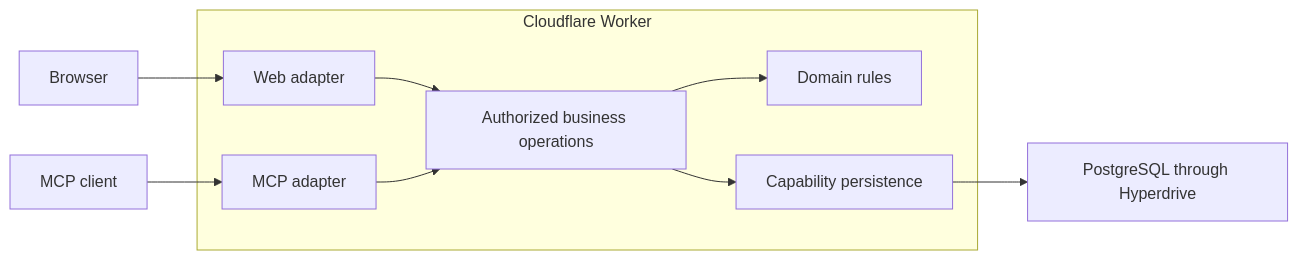
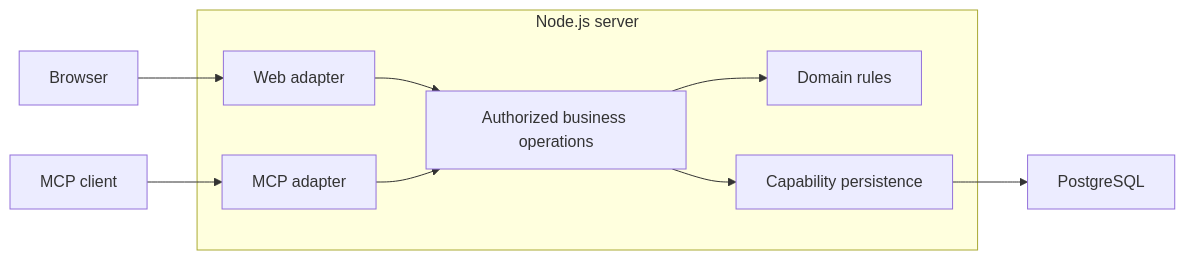
One commit to dmprav/merit changed the second of 2 diagrams in docs/foundations/architecture.md. Above: the diagram before and after it, drawn with Mermaid. The commit also changed other lines of this file and 47 other files, not shown here.

````diff
--- a/docs/foundations/architecture.md
+++ b/docs/foundations/architecture.md
@@ -333,12 +333,12 @@
 ```mermaid
 flowchart LR
     browser[Browser] --> web[Web adapter]
     client[MCP client] --> mcp[MCP adapter]
-    subgraph worker[Cloudflare Worker]
+    subgraph server[Node.js server]
         web --> operations[Authorized business operations]
         mcp --> operations
         operations --> domain[Domain rules]
         operations --> persistence[Capability persistence]
     end
-    persistence --> database[PostgreSQL through Hyperdrive]
+    persistence --> database[PostgreSQL]
 ```
````
